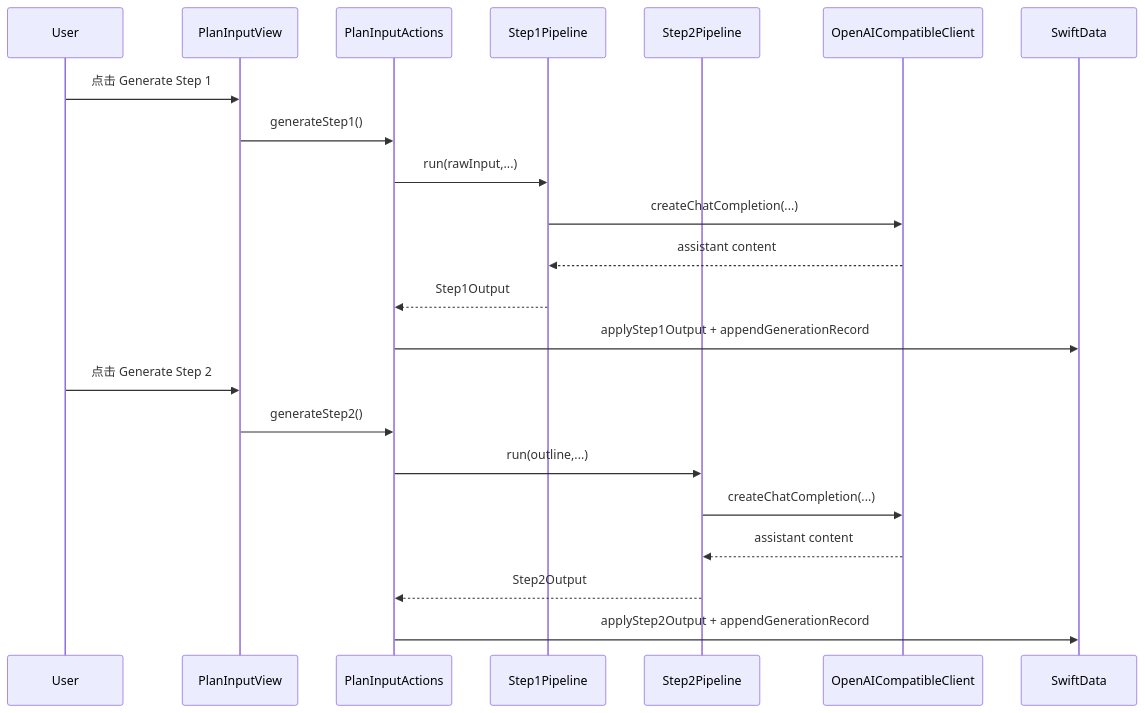
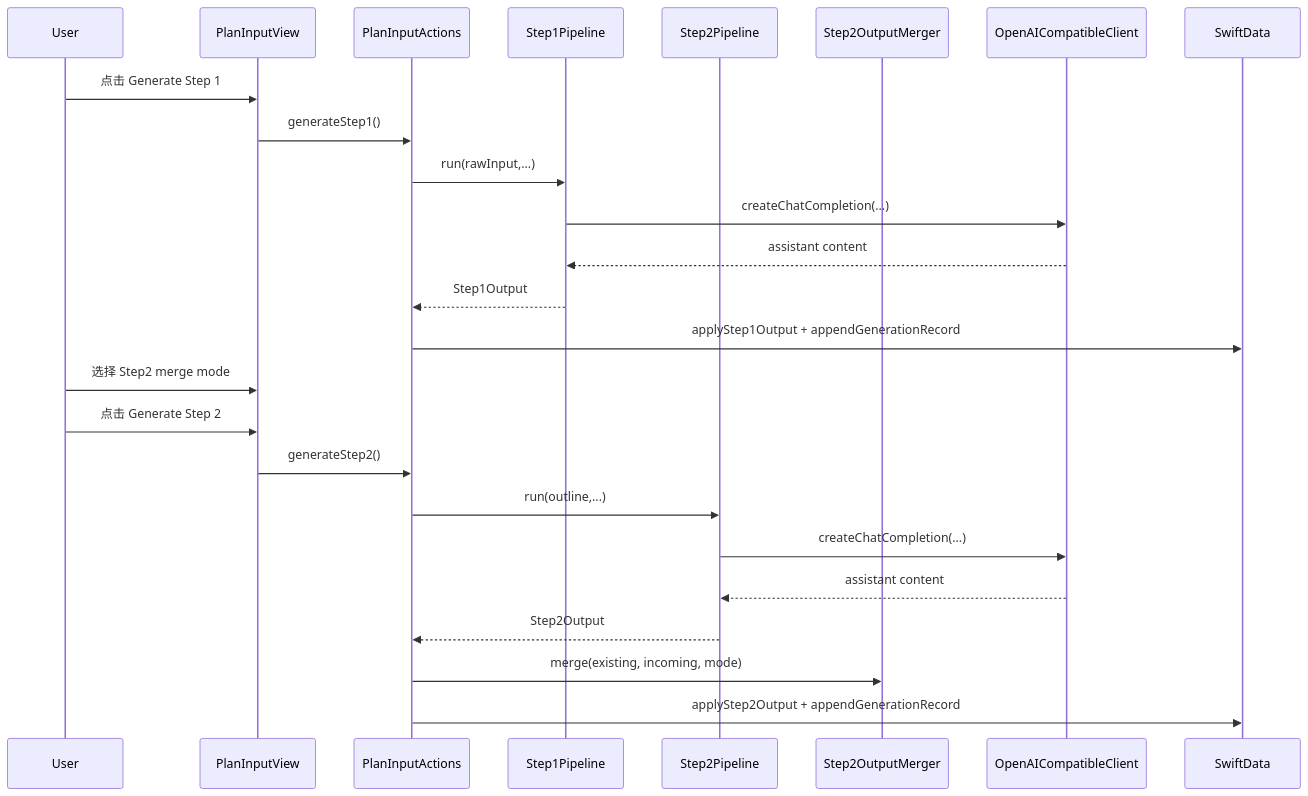
The second of 3 diagrams in docs/CODEBASE_MAP.md (Aeonbrk/Swiftdemo), drawn with Mermaid before and after one commit. The commit also changed other lines of this file and 35 other files, not shown here.

````diff
--- a/docs/CODEBASE_MAP.md
+++ b/docs/CODEBASE_MAP.md
@@ -157,26 +171,29 @@
 ```mermaid
 sequenceDiagram
   participant User
   participant PIV as PlanInputView
   participant ACT as PlanInputActions
   participant P1 as Step1Pipeline
   participant P2 as Step2Pipeline
+  participant M as Step2OutputMerger
   participant C as OpenAICompatibleClient
   participant DB as SwiftData
 
   User->>PIV: 点击 Generate Step 1
   PIV->>ACT: generateStep1()
   ACT->>P1: run(rawInput,...)
   P1->>C: createChatCompletion(...)
   C-->>P1: assistant content
   P1-->>ACT: Step1Output
   ACT->>DB: applyStep1Output + appendGenerationRecord
 
+  User->>PIV: 选择 Step2 merge mode
   User->>PIV: 点击 Generate Step 2
   PIV->>ACT: generateStep2()
   ACT->>P2: run(outline,...)
   P2->>C: createChatCompletion(...)
   C-->>P2: assistant content
   P2-->>ACT: Step2Output
+  ACT->>M: merge(existing, incoming, mode)
   ACT->>DB: applyStep2Output + appendGenerationRecord
 ```
````
